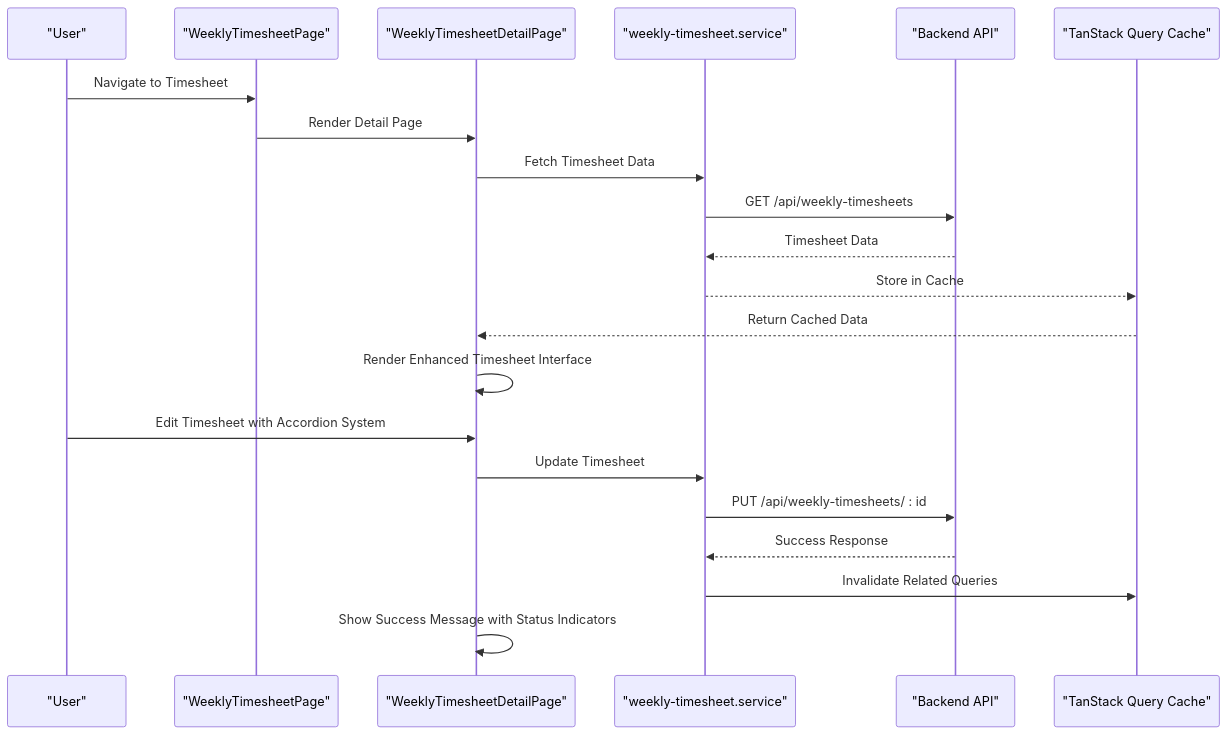
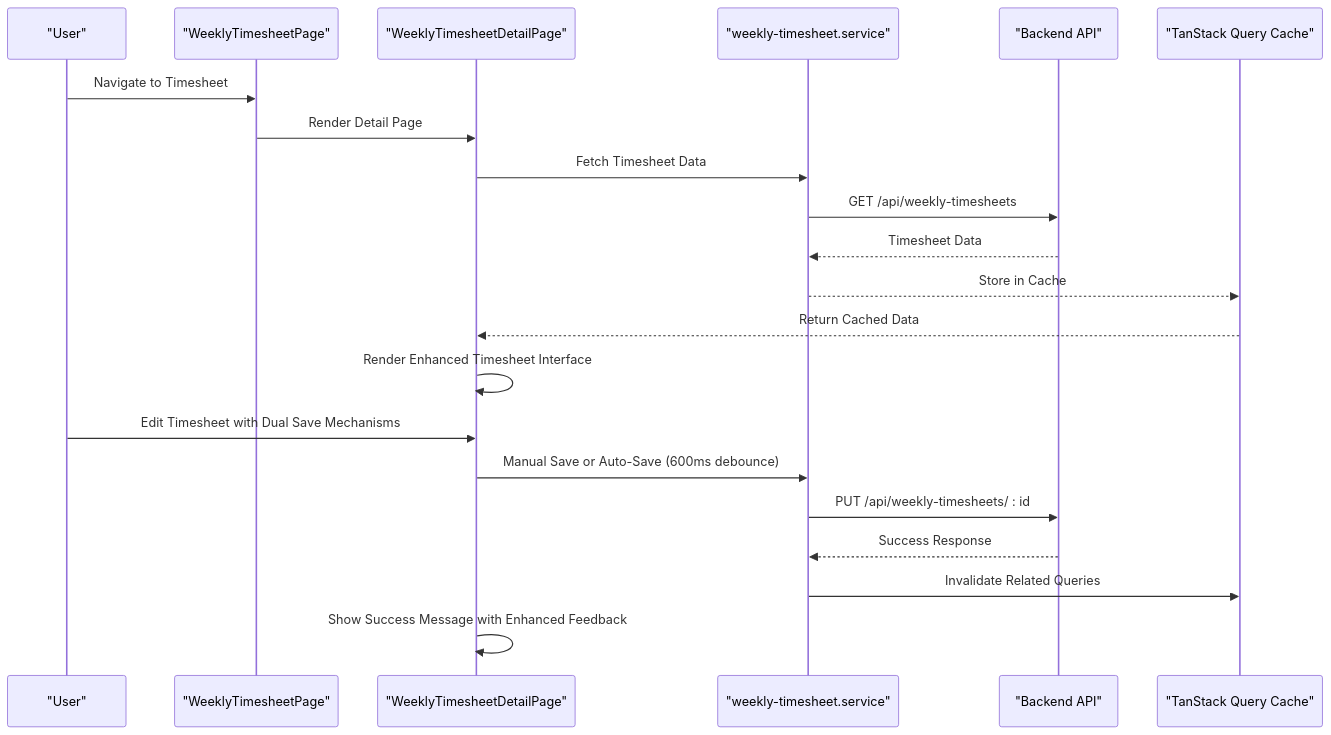
The second of 6 diagrams in .qoder/repowiki/en/content/Arquitetura Frontend/Timesheet Semanal - Interface Frontend.md (RobertRuas/windlog), drawn with Mermaid before and after one commit. The commit also changed other lines of this file and 87 other files, not shown here.

````diff
--- a/.qoder/repowiki/en/content/Arquitetura Frontend/Timesheet Semanal - Interface Frontend.md
+++ b/.qoder/repowiki/en/content/Arquitetura Frontend/Timesheet Semanal - Interface Frontend.md
@@ -121,23 +121,23 @@
 ```mermaid
 sequenceDiagram
 participant User as "User"
 participant Page as "WeeklyTimesheetPage"
 participant Detail as "WeeklyTimesheetDetailPage"
 participant Service as "weekly-timesheet.service"
 participant API as "Backend API"
 participant Cache as "TanStack Query Cache"
 User->>Page : Navigate to Timesheet
 Page->>Detail : Render Detail Page
 Detail->>Service : Fetch Timesheet Data
 Service->>API : GET /api/weekly-timesheets
 API-->>Service : Timesheet Data
 Service-->>Cache : Store in Cache
 Cache-->>Detail : Return Cached Data
 Detail->>Detail : Render Enhanced Timesheet Interface
-User->>Detail : Edit Timesheet with Accordion System
-Detail->>Service : Update Timesheet
+User->>Detail : Edit Timesheet with Dual Save Mechanisms
+Detail->>Service : Manual Save or Auto-Save (600ms debounce)
 Service->>API : PUT /api/weekly-timesheets/ : id
 API-->>Service : Success Response
 Service->>Cache : Invalidate Related Queries
-Detail->>Detail : Show Success Message with Status Indicators
+Detail->>Detail : Show Success Message with Enhanced Feedback
 ```
````
